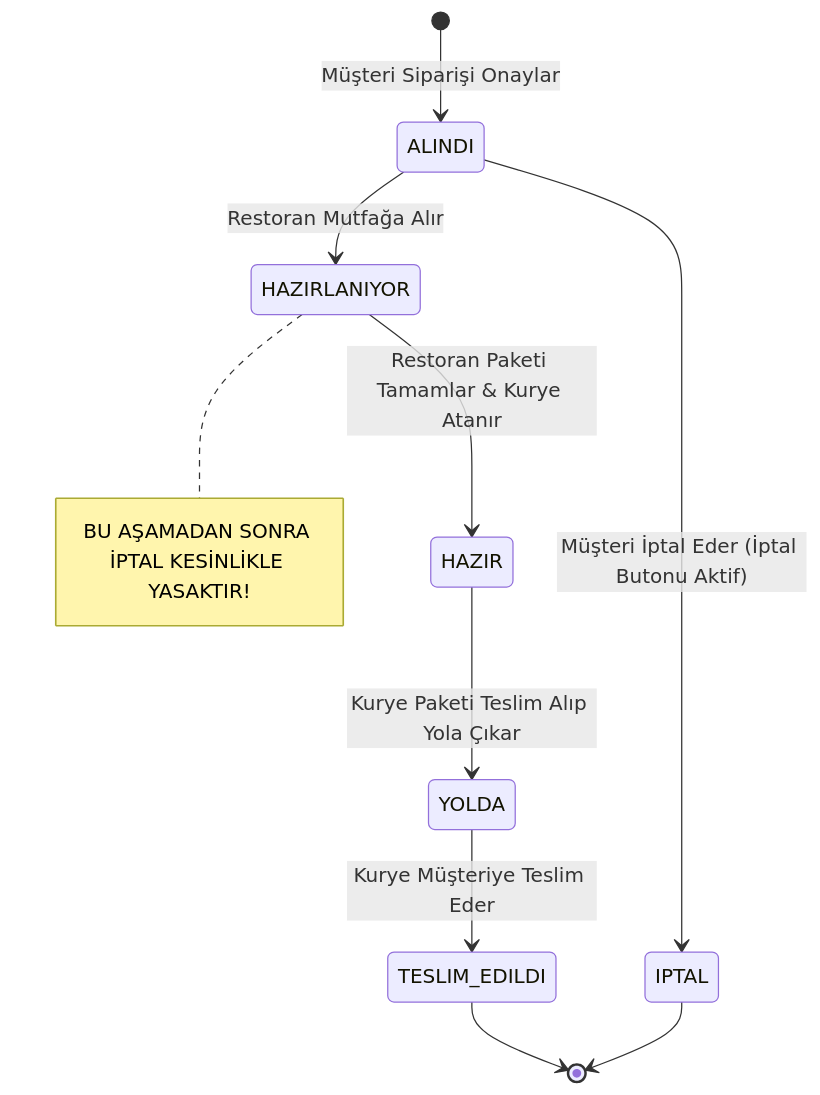
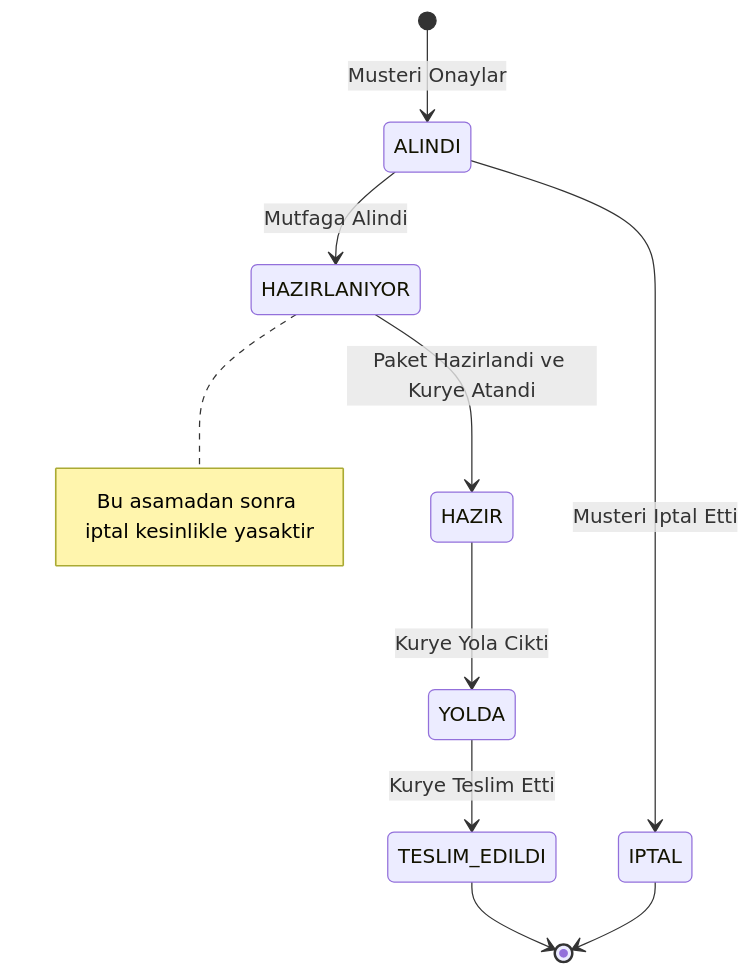
Before and after one commit to mustafaguresir/GustoGo: the fifth of 6 diagrams in docs/sunumda_yapilmasi_gerekenler/02_TUM_DIYAGRAMLAR_VE_MIMARI_CIZIMLER.md, drawn with Mermaid. The commit also changed other lines of this file and 27 other files, not shown here.

````diff
--- a/docs/sunumda_yapilmasi_gerekenler/02_TUM_DIYAGRAMLAR_VE_MIMARI_CIZIMLER.md
+++ b/docs/sunumda_yapilmasi_gerekenler/02_TUM_DIYAGRAMLAR_VE_MIMARI_CIZIMLER.md
@@ -362,16 +373,18 @@
 ```mermaid
 stateDiagram-v2
-    [*] --> ALINDI : Müşteri Siparişi Onaylar
+    [*] --> ALINDI : Musteri Onaylar
+    ALINDI --> HAZIRLANIYOR : Mutfaga Alindi
+    ALINDI --> IPTAL : Musteri Iptal Etti
     
-    ALINDI --> HAZIRLANIYOR : Restoran Mutfağa Alır
-    ALINDI --> IPTAL : Müşteri İptal Eder (İptal Butonu Aktif)
+    HAZIRLANIYOR --> HAZIR : Paket Hazirlandi ve Kurye Atandi
     
-    HAZIRLANIYOR --> HAZIR : Restoran Paketi Tamamlar & Kurye Atanır
-    note right of HAZIRLANIYOR : BU AŞAMADAN SONRA İPTAL KESİNLİKLE YASAKTIR!
+    note right of HAZIRLANIYOR
+        Bu asamadan sonra iptal kesinlikle yasaktir
+    end note
     
-    HAZIR --> YOLDA : Kurye Paketi Teslim Alıp Yola Çıkar
-    YOLDA --> TESLIM_EDILDI : Kurye Müşteriye Teslim Eder
+    HAZIR --> YOLDA : Kurye Yola Cikti
+    YOLDA --> TESLIM_EDILDI : Kurye Teslim Etti
     
     TESLIM_EDILDI --> [*]
     IPTAL --> [*]
 ```
````
